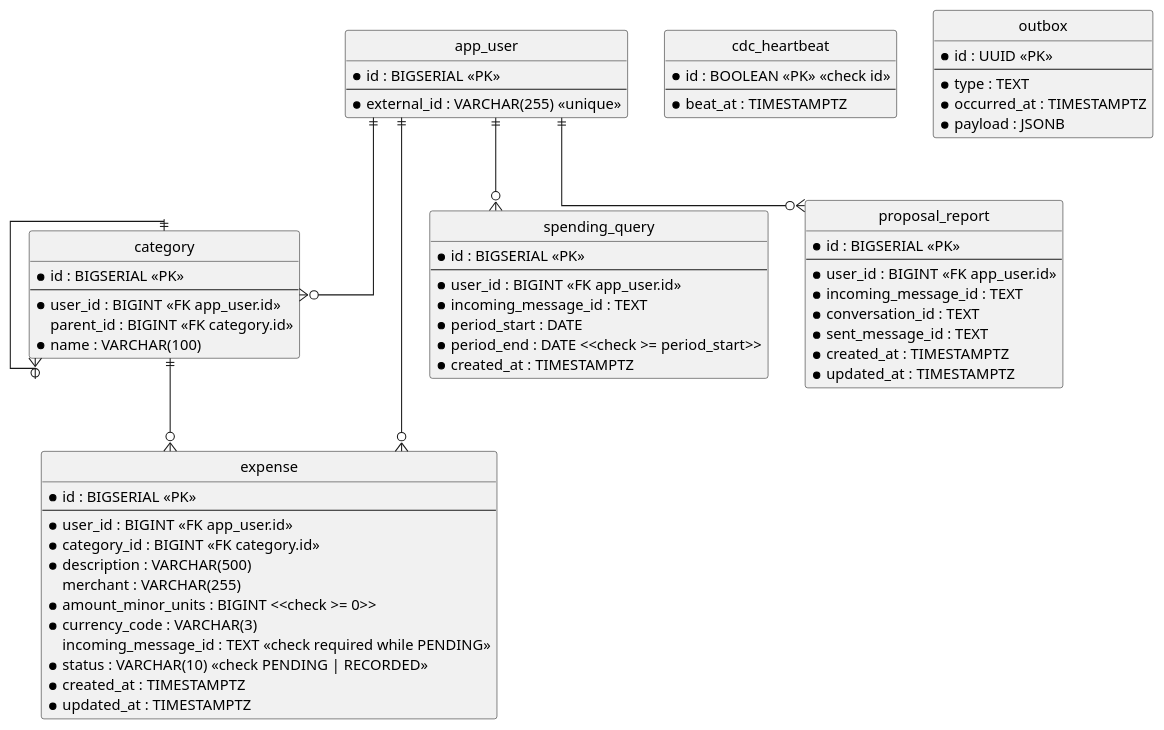
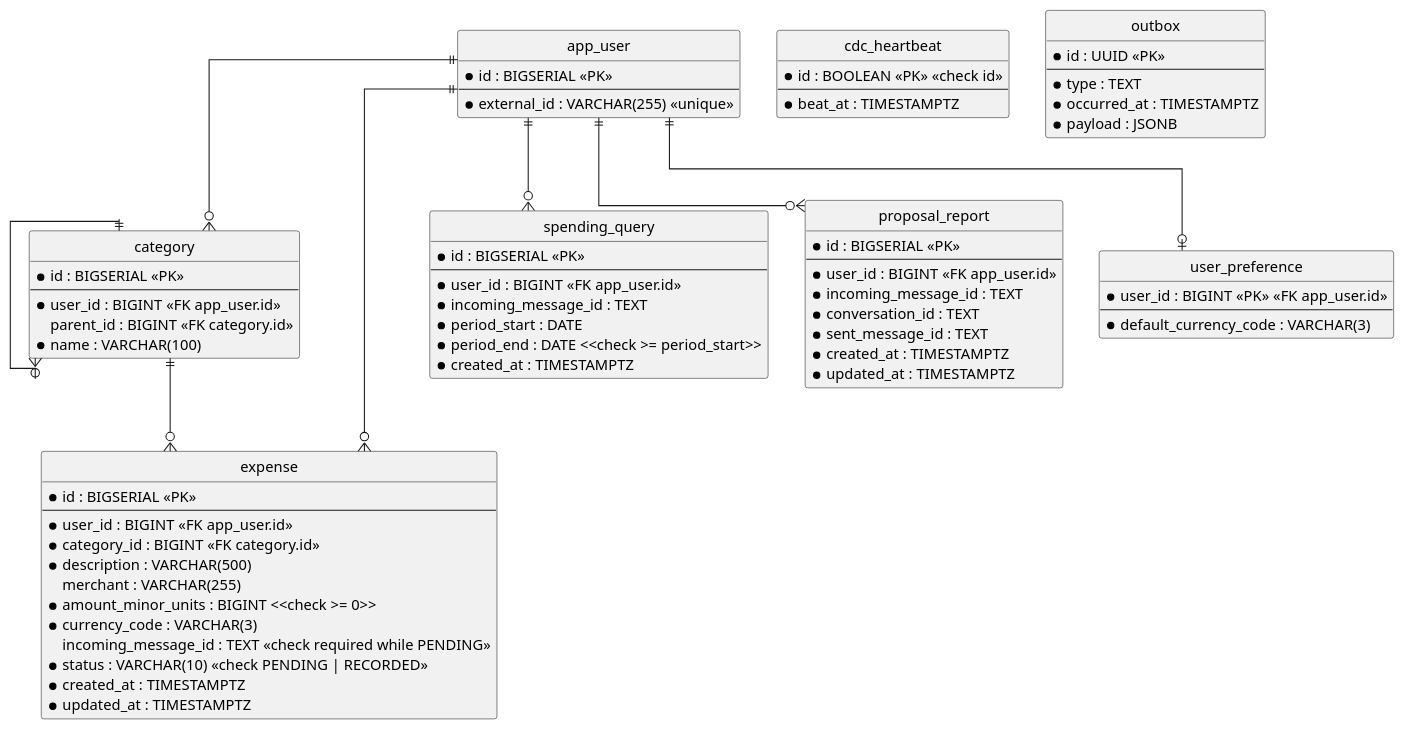
Before and after one commit to ds-usova/finance-bot: the diagram in ledger-service/docs/contracts/out/database.md, drawn with PlantUML. The commit also changed other lines of this file and 11 other files, not shown here.

````diff
--- a/ledger-service/docs/contracts/out/database.md
+++ b/ledger-service/docs/contracts/out/database.md
@@ -64,6 +64,12 @@
   * updated_at : TIMESTAMPTZ
 }
 
+entity "user_preference" as user_preference {
+  * user_id : BIGINT <<PK>> <<FK app_user.id>>
+  --
+  * default_currency_code : VARCHAR(3)
+}
+
 entity "cdc_heartbeat" as cdc_heartbeat {
   * id : BOOLEAN <<PK>> <<check id>>
   --
@@ -84,5 +90,6 @@
 category ||--o{ expense
 app_user ||--o{ spending_query
 app_user ||--o{ proposal_report
+app_user ||--o| user_preference
 @enduml
 ```
````
